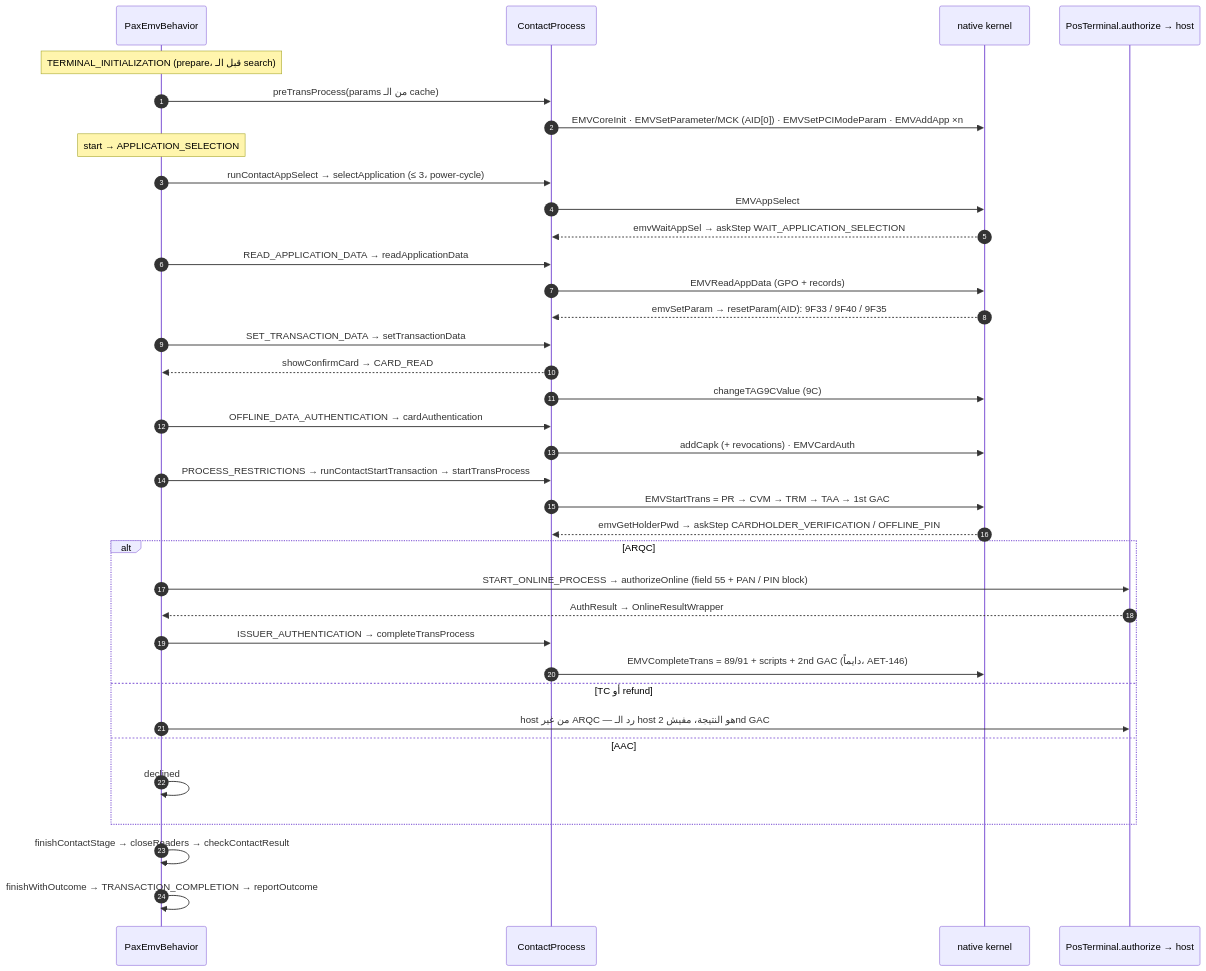
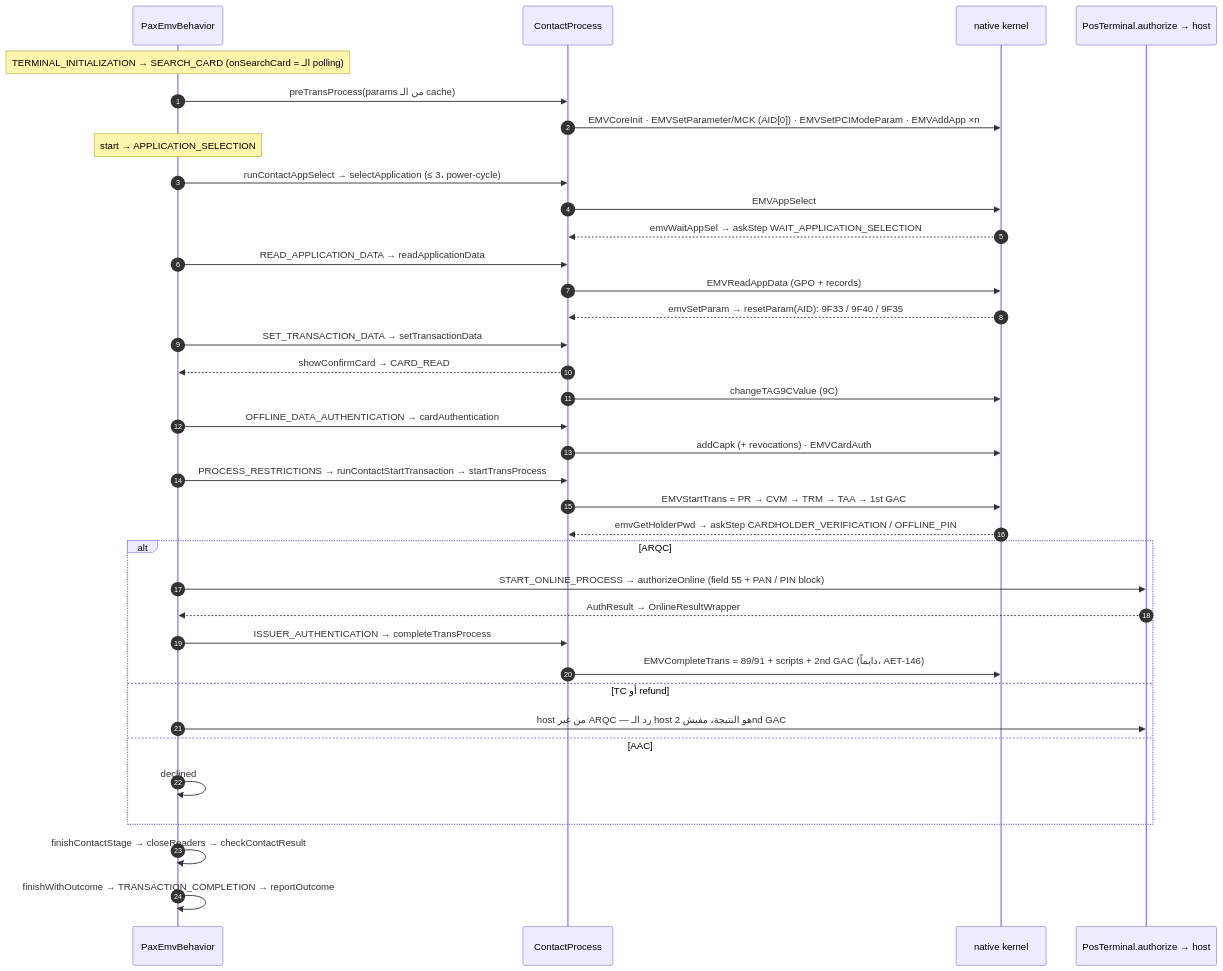
One commit to berothomas33/esaylinkrefactor changed the seventh of 9 diagrams in doc/REFERENCE.md. Above: the diagram before and after it, drawn with Mermaid. The commit also changed other lines of this file and 4 other files, not shown here.

````diff
--- a/doc/REFERENCE.md
+++ b/doc/REFERENCE.md
@@ -706,38 +708,38 @@
 ```mermaid
 sequenceDiagram
   autonumber
   participant B as PaxEmvBehavior
   participant C as ContactProcess
   participant K as native kernel
   participant H as PosTerminal.authorize → host
-  Note over B: TERMINAL_INITIALIZATION (prepare، قبل الـ search)
+  Note over B: TERMINAL_INITIALIZATION → SEARCH_CARD (onSearchCard = الـ polling)
   B->>C: preTransProcess(params من الـ cache)
   C->>K: EMVCoreInit · EMVSetParameter/MCK (AID[0]) · EMVSetPCIModeParam · EMVAddApp ×n
   Note over B: start → APPLICATION_SELECTION
   B->>C: runContactAppSelect → selectApplication (≤ 3، power-cycle)
   C->>K: EMVAppSelect
   K-->>C: emvWaitAppSel → askStep WAIT_APPLICATION_SELECTION
   B->>C: READ_APPLICATION_DATA → readApplicationData
   C->>K: EMVReadAppData (GPO + records)
   K-->>C: emvSetParam → resetParam(AID): 9F33 / 9F40 / 9F35
   B->>C: SET_TRANSACTION_DATA → setTransactionData
   C-->>B: showConfirmCard → CARD_READ
   C->>K: changeTAG9CValue (9C)
   B->>C: OFFLINE_DATA_AUTHENTICATION → cardAuthentication
   C->>K: addCapk (+ revocations) · EMVCardAuth
   B->>C: PROCESS_RESTRICTIONS → runContactStartTransaction → startTransProcess
   C->>K: EMVStartTrans = PR → CVM → TRM → TAA → 1st GAC
   K-->>C: emvGetHolderPwd → askStep CARDHOLDER_VERIFICATION / OFFLINE_PIN
   alt ARQC
     B->>H: START_ONLINE_PROCESS → authorizeOnline (field 55 + PAN / PIN block)
     H-->>B: AuthResult → OnlineResultWrapper
     B->>C: ISSUER_AUTHENTICATION → completeTransProcess
     C->>K: EMVCompleteTrans = 89/91 + scripts + 2nd GAC (دايماً، AET-146)
   else TC أو refund
     B->>H: host من غير ARQC — رد الـ host هو النتيجة، مفيش 2nd GAC
   else AAC
     B->>B: declined
   end
   B->>B: finishContactStage → closeReaders → checkContactResult
   B->>B: finishWithOutcome → TRANSACTION_COMPLETION → reportOutcome
 ```
````
